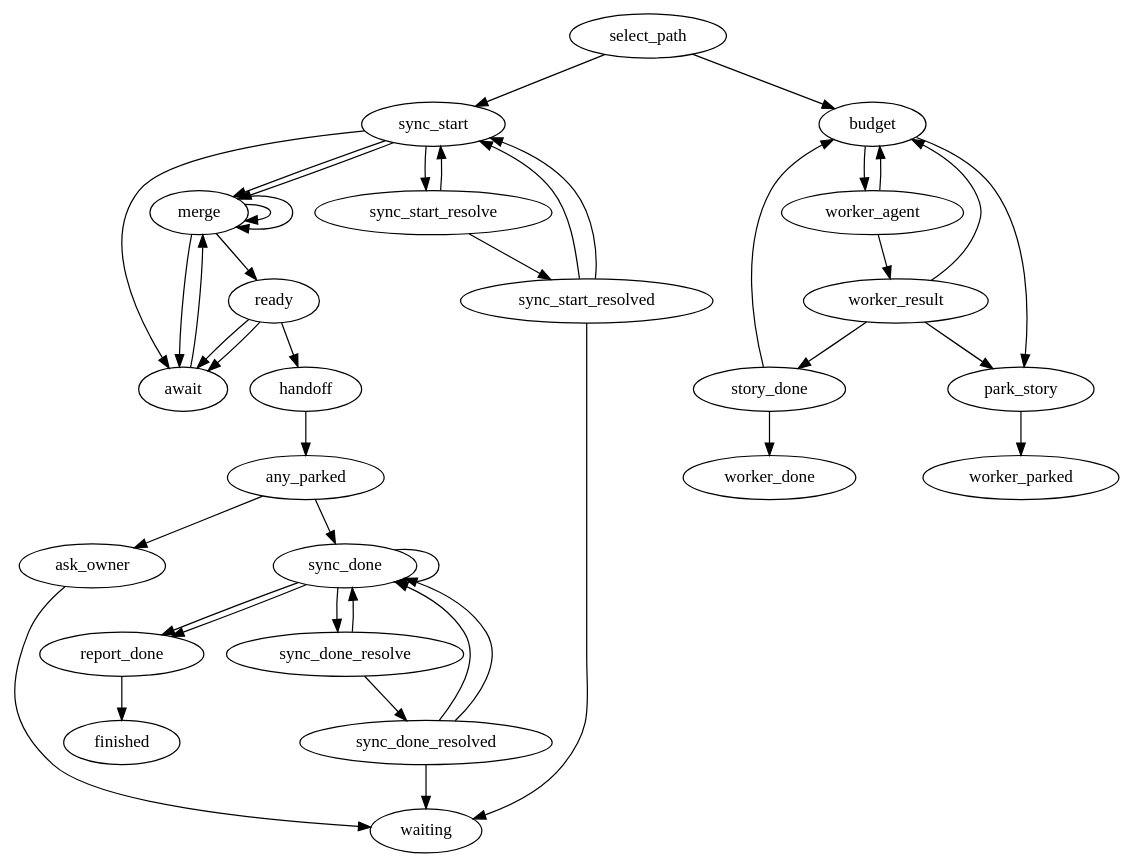
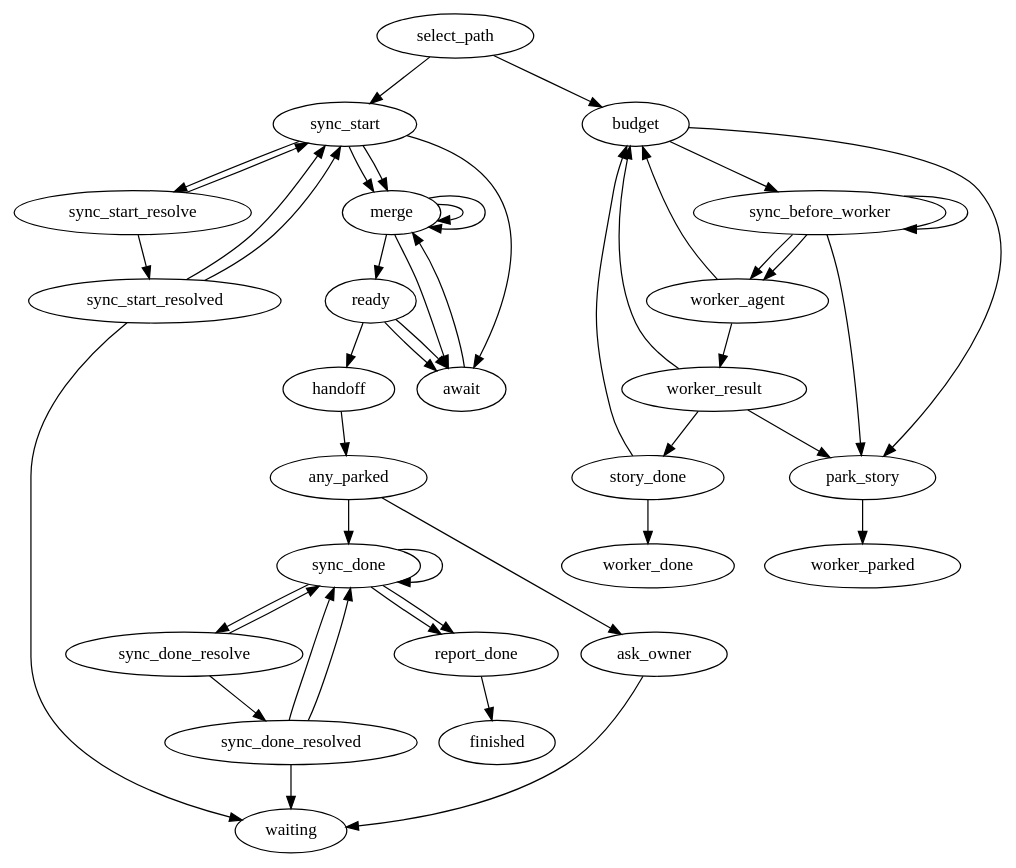
Before and after one commit to marioatcloudvane/litefactory: the diagram in internal/teamsource/swift-ios/implement/implement.dot, drawn with Graphviz. The commit also changed 23 other files, not shown here.

First line of the commit message:
Implement run completed

```diff
--- a/internal/teamsource/swift-ios/implement/implement.dot
+++ b/internal/teamsource/swift-ios/implement/implement.dot
@@ -1,127 +1,134 @@
 // Implement runs a managed feature as a graph. The factory decides which path a
 // run takes: the parent issue takes the coordinator path, and each story
 // sub-issue takes the worker path with a session, branch and worktree of its
 // own. Independent stories therefore build side by side, and a story that fails
 // does not stop the others.
 //
 // Coordinator (parent issue). It first brings the repository's base branch
 // (main) into the feature branch, so stories build on a current base. Then it
 // merges finished stories until none is left and starts every story that is
 // ready. While stories build it rests at await
 // and ends the run; it wakes when a story changes state. When no story can start
 // or finish, it writes the hand-off report. If any story is parked, it asks the
 // owner one question that lists them all and waits. If every story is merged,
 // it brings main in once more and reports completion on the parent once. When
 // main conflicts with the feature branch, a resolver agent merges it in the
 // parent's worktree and resolves the conflict; the factory saves a completed
 // answer and syncs again. Only a blocked resolver asks the owner. The
 // coordinator itself never writes code.
 //
 // Worker (story sub-issue). The repair budget is counted in the story ledger:
-// the first attempt and two repairs. One write-access agent writes the code and
+// the first attempt and two repairs. Each permitted entry first synchronizes
+// the selected story base; conflicts or exhausted sync retries park the story.
+// One write-access agent writes the code and
 // its tailored unit tests and runs them. Only an accepted completed answer is
 // saved (committed and pushed), and only then is the story done. A blocked
 // answer parks the story at once with the agent's own reason. An incomplete
 // answer, a failed attempt or a failed save counts one attempt and goes back to
 // the budget decision; the next attempt receives the reason. An exhausted budget
 // parks the story with the last worker's own reason.
 //
 // This file is the only place the flow lives. Go supplies steps and never picks
 // the next step. Every node has a positive lf_limit; the limits on the coordinator
 // loop are sized for the largest story set plus owner resumes, and the worker
 // limits hold the three attempts plus the final park.
 digraph implement {
  graph [team="swift-ios", mode="implement", profile_version="1", start="select_path"];
 
  // ---- Path selection ---------------------------------------------------------
  select_path [lf_action="lf_implement_select", lf_outcomes="coordinator,worker", lf_limit="4"];
 
  // ---- Coordinator --------------------------------------------------------------
  merge      [lf_action="lf_implement_merge", lf_outcomes="merged,parked,none,retry", lf_limit="64"];
  ready      [lf_action="lf_implement_ready", lf_outcomes="started,waiting,drained", lf_limit="64"];
  await      [lf_action="lf_implement_await", lf_outcomes="go", lf_limit="64"];
  handoff    [lf_action="lf_implement_handoff", lf_outcomes="posted", lf_limit="16"];
  any_parked [lf_action="lf_implement_any_parked", lf_outcomes="true,false", lf_limit="16"];
  ask_owner  [lf_action="lf_implement_ask", lf_outcomes="published", lf_source="merge", lf_limit="16"];
  report_done [lf_action="lf_implement_report_done", lf_outcomes="published", lf_source="merge", lf_limit="16"];
 
  // ---- Base sync ------------------------------------------------------------------
  sync_start          [lf_action="lf_sync_base", lf_outcomes="synced,current,conflict,retry", lf_limit="8"];
  sync_start_resolve  [lf_action="lf_agent", lf_outcomes="success,failed", lf_agent_markdown="sync-resolver", lf_skills="implement-result,swift-ios-boundaries", lf_limit="3"];
  sync_start_resolved [lf_action="lf_implement_resolved", lf_outcomes="resolved,blocked,retry", lf_source="sync_start_resolve", lf_limit="3"];
  sync_done           [lf_action="lf_sync_base", lf_outcomes="synced,current,conflict,retry", lf_limit="8"];
  sync_done_resolve   [lf_action="lf_agent", lf_outcomes="success,failed", lf_agent_markdown="sync-resolver", lf_skills="implement-result,swift-ios-boundaries", lf_limit="3"];
  sync_done_resolved  [lf_action="lf_implement_resolved", lf_outcomes="resolved,blocked,retry", lf_source="sync_done_resolve", lf_limit="3"];
 
  // ---- Worker -----------------------------------------------------------------------
+ sync_before_worker [lf_action="lf_sync_base", lf_outcomes="synced,current,conflict,retry", lf_limit="8"];
  budget        [lf_action="lf_implement_budget", lf_outcomes="run,park", lf_limit="8"];
  worker_agent  [lf_action="lf_agent", lf_outcomes="success,failed", lf_agent_markdown="story-worker", lf_skills="implement-result,swift-ios-boundaries", lf_limit="3"];
  worker_result [lf_action="lf_implement_result", lf_outcomes="completed,incomplete,blocked", lf_source="worker_agent", lf_limit="3"];
  story_done    [lf_action="lf_implement_story_done", lf_outcomes="done,retry", lf_limit="3"];
  park_story    [lf_action="lf_implement_park", lf_outcomes="parked", lf_limit="4"];
 
  // ---- Terminals ------------------------------------------------------------------------
  waiting       [lf_terminal="true"];
  finished      [lf_terminal="true"];
  worker_done   [lf_terminal="true"];
  worker_parked [lf_terminal="true"];
 
  select_path -> sync_start [lf_on="coordinator"];
  select_path -> budget     [lf_on="worker"];
 
  // Coordinator start: bring main into the feature branch before any story
  // starts. A conflict goes to the resolver; a completed resolution is saved and
  // the sync runs again. A busy or moved branch rests at await and goes on.
  sync_start          -> merge               [lf_on="synced"];
  sync_start          -> merge               [lf_on="current"];
  sync_start          -> sync_start_resolve  [lf_on="conflict"];
  sync_start          -> await               [lf_on="retry"];
  sync_start_resolve  -> sync_start_resolved [lf_on="success"];
  sync_start_resolve  -> sync_start          [lf_on="failed"];
  sync_start_resolved -> sync_start          [lf_on="resolved"];
  sync_start_resolved -> sync_start          [lf_on="retry"];
  sync_start_resolved -> waiting             [lf_on="blocked"];
 
  // Coordinator: merge until none, then ready. A started or waiting result rests
  // at await; a drained one is the end of the work.
  merge -> merge   [lf_on="merged"];
  merge -> merge   [lf_on="parked"];
  merge -> ready   [lf_on="none"];
  merge -> await   [lf_on="retry"];
  ready -> await   [lf_on="started"];
  ready -> await   [lf_on="waiting"];
  ready -> handoff [lf_on="drained"];
  await -> merge   [lf_on="go"];
 
  // After the hand-off, one question for every parked story, or main once more
  // and the completion reply and finish.
  handoff     -> any_parked  [lf_on="posted"];
  any_parked  -> ask_owner   [lf_on="true"];
  any_parked  -> sync_done   [lf_on="false"];
  ask_owner   -> waiting     [lf_on="published"];
  report_done -> finished    [lf_on="published"];
 
  // Coordinator end: bring main in again before the completion reply.
  sync_done          -> report_done        [lf_on="synced"];
  sync_done          -> report_done        [lf_on="current"];
  sync_done          -> sync_done_resolve  [lf_on="conflict"];
  sync_done          -> sync_done          [lf_on="retry"];
  sync_done_resolve  -> sync_done_resolved [lf_on="success"];
  sync_done_resolve  -> sync_done          [lf_on="failed"];
  sync_done_resolved -> sync_done          [lf_on="resolved"];
  sync_done_resolved -> sync_done          [lf_on="retry"];
  sync_done_resolved -> waiting            [lf_on="blocked"];
 
- // Worker: budget, then the agent. Completed is saved; blocked parks at once. An
+ // Worker: budget, then synchronize the selected story base before the agent. Completed is saved; blocked parks at once. An
  // incomplete answer, a failed attempt or a failed save goes back to the budget.
- budget        -> worker_agent  [lf_on="run"];
+ budget        -> sync_before_worker [lf_on="run"];
+ sync_before_worker -> worker_agent [lf_on="synced"];
+ sync_before_worker -> worker_agent [lf_on="current"];
+ sync_before_worker -> sync_before_worker [lf_on="retry"];
+ sync_before_worker -> park_story [lf_on="conflict"];
  budget        -> park_story    [lf_on="park"];
  worker_agent  -> worker_result [lf_on="success"];
  worker_agent  -> budget        [lf_on="failed"];
  worker_result -> story_done    [lf_on="completed"];
  worker_result -> budget        [lf_on="incomplete"];
  worker_result -> park_story    [lf_on="blocked"];
  story_done    -> worker_done   [lf_on="done"];
  story_done    -> budget        [lf_on="retry"];
  park_story    -> worker_parked [lf_on="parked"];
 }
```
